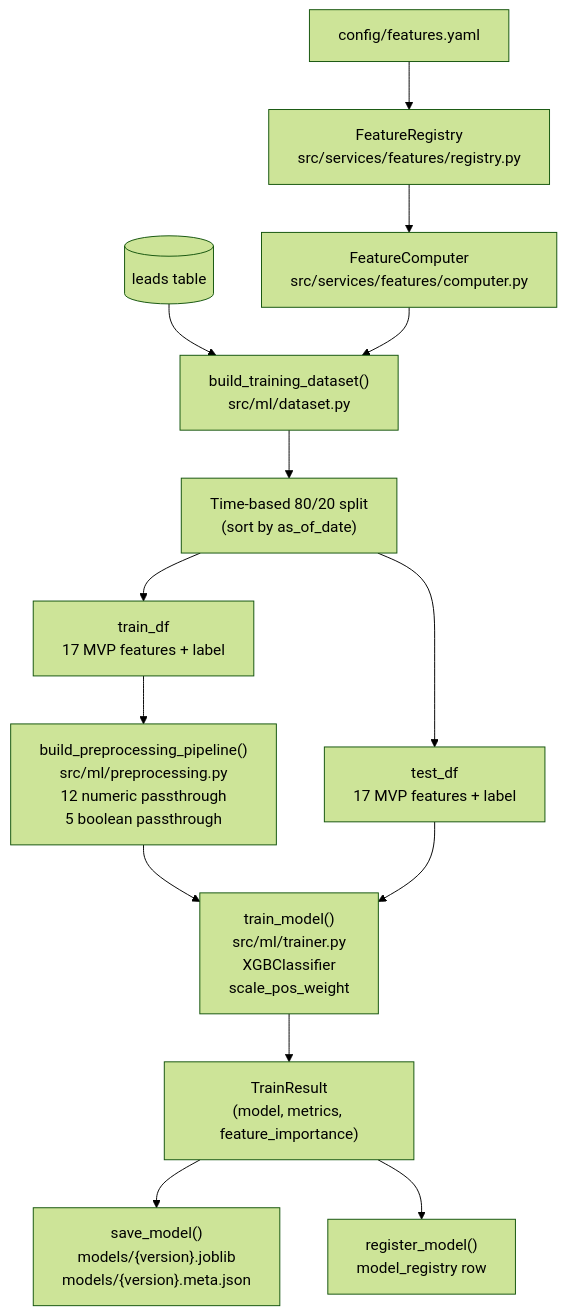
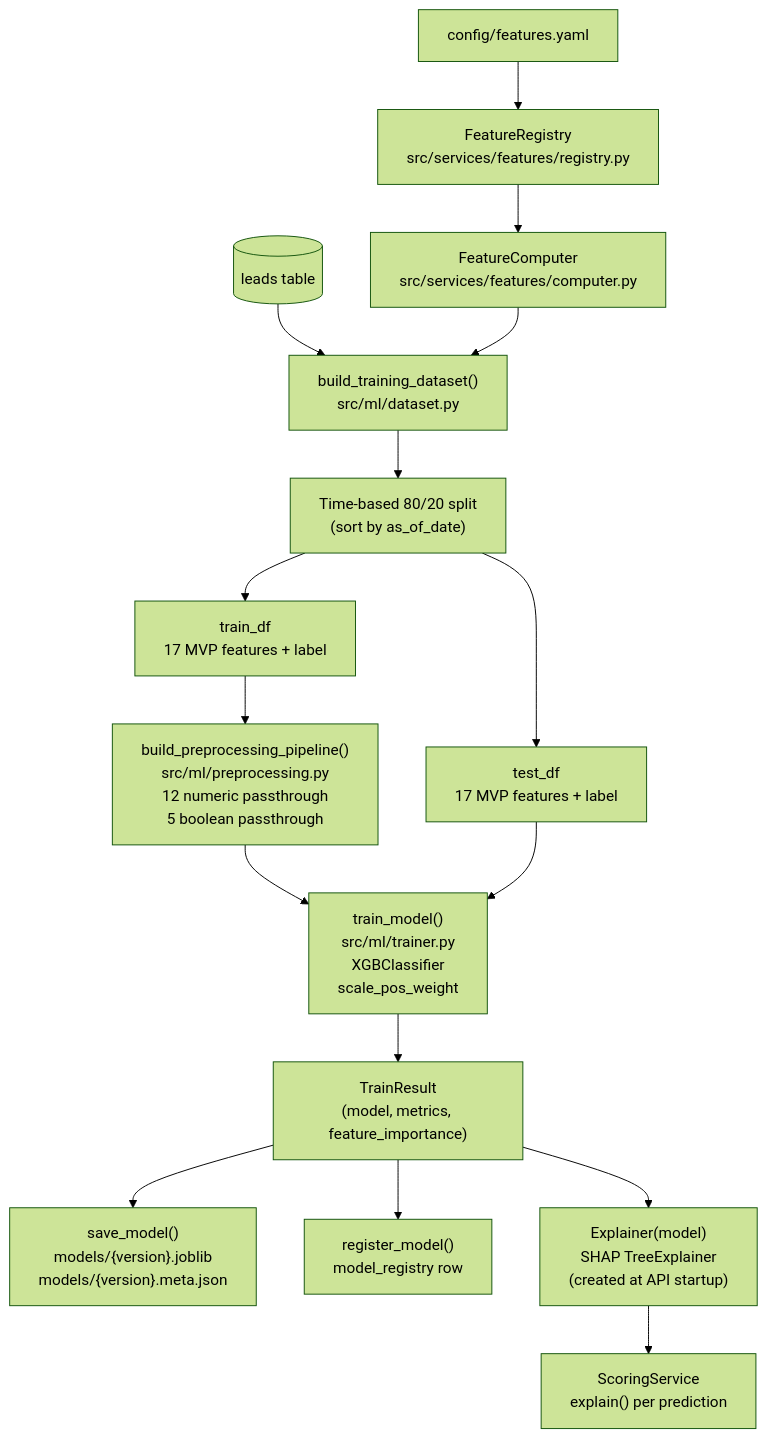
The diagram in docs/ml-model.md (asong65535/lead-scoring), drawn with Mermaid (forest theme) before and after one commit. The commit also changed other lines of this file and 2 other files, not shown here.

First line of the commit message:
docs: update architecture, ML, and API docs for Phase 8

````diff
--- a/docs/ml-model.md
+++ b/docs/ml-model.md
@@ -217,16 +254,18 @@
 ```mermaid
 flowchart TD
     leads[(leads table)] --> dataset["build_training_dataset()\nsrc/ml/dataset.py"]
     features_yaml["config/features.yaml"] --> registry["FeatureRegistry\nsrc/services/features/registry.py"]
     registry --> computer["FeatureComputer\nsrc/services/features/computer.py"]
     computer --> dataset
     dataset --> split["Time-based 80/20 split\n(sort by as_of_date)"]
     split --> train_df["train_df\n17 MVP features + label"]
     split --> test_df["test_df\n17 MVP features + label"]
     train_df --> preprocess["build_preprocessing_pipeline()\nsrc/ml/preprocessing.py\n12 numeric passthrough\n5 boolean passthrough"]
     preprocess --> trainer["train_model()\nsrc/ml/trainer.py\nXGBClassifier\nscale_pos_weight"]
     test_df --> trainer
     trainer --> result["TrainResult\n(model, metrics, feature_importance)"]
     result --> save["save_model()\nmodels/{version}.joblib\nmodels/{version}.meta.json"]
     result --> register["register_model()\nmodel_registry row"]
+    result --> explainer["Explainer(model)\nSHAP TreeExplainer\n(created at API startup)"]
+    explainer --> scoring["ScoringService\nexplain() per prediction"]
 ```
````
